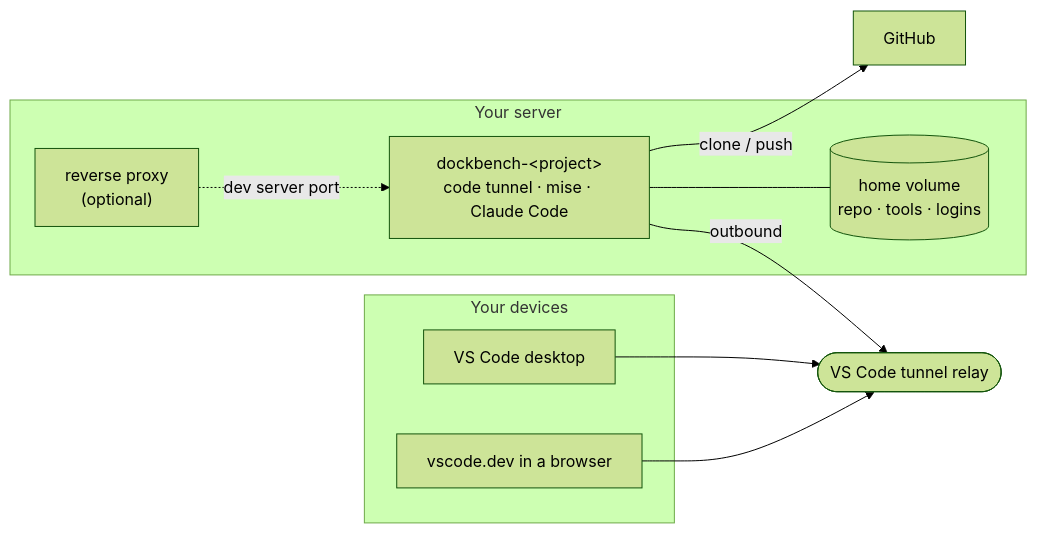
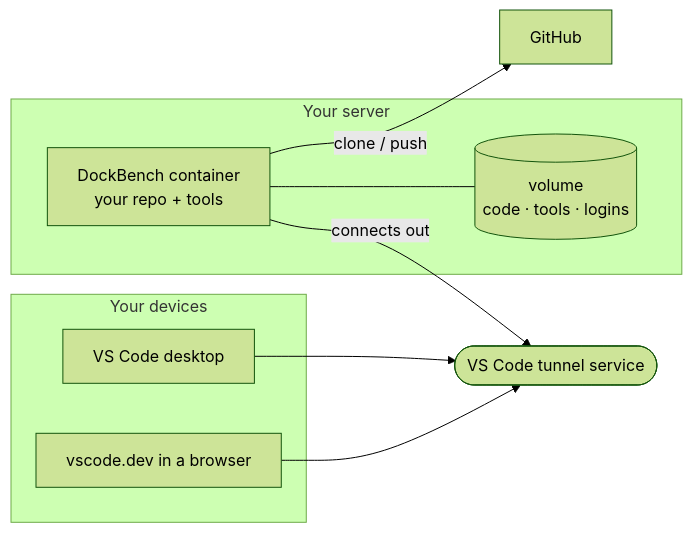
The diagram in README.md (Sander972/DockBench), drawn with Mermaid (forest theme) before and after one commit. The commit also changed other lines of this file, not shown here.

````diff
--- a/README.md
+++ b/README.md
@@ -29,21 +43,19 @@
 ```mermaid
 flowchart LR
     subgraph clients["Your devices"]
         desktop["VS Code desktop"]
         browser["vscode.dev in a browser"]
     end
-    relay(["VS Code tunnel relay"])
+    relay(["VS Code tunnel service"])
     subgraph server["Your server"]
-        dev["dockbench-&lt;project&gt;<br/>code tunnel · mise · Claude Code"]
-        vol[("home volume<br/>repo · tools · logins")]
-        proxy["reverse proxy<br/>(optional)"]
+        dev["DockBench container<br/>your repo + tools"]
+        vol[("volume<br/>code · tools · logins")]
     end
     gh["GitHub"]
 
     desktop --> relay
     browser --> relay
-    dev -- outbound --> relay
+    dev -- connects out --> relay
     dev --- vol
     dev -- clone / push --> gh
-    proxy -. dev server port .-> dev
 ```
````
